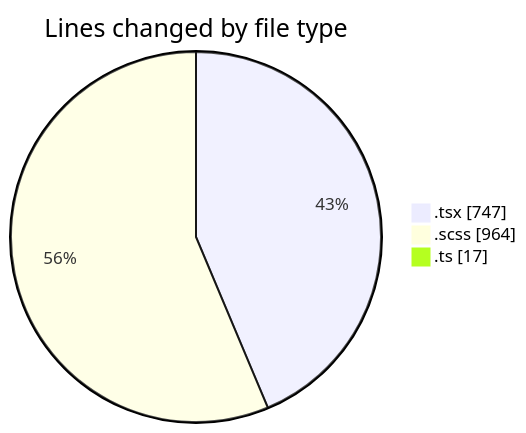
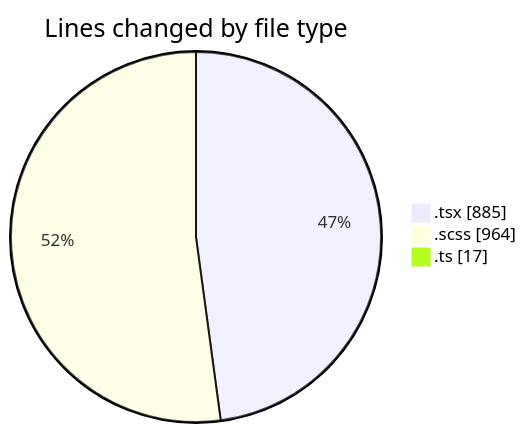
One commit to momahboobian/code-tracking changed the first of 2 diagrams in 2025-09-19/cda/README.md. Above: the diagram before and after it, drawn with Mermaid. The commit also changed other lines of this file and 1 other file, not shown here.

````diff
--- a/2025-09-19/cda/README.md
+++ b/2025-09-19/cda/README.md
@@ -24,7 +25,7 @@
 ```mermaid
 pie showData
 title Lines changed by file type
-".tsx" : 747
+".tsx" : 885
 ".scss" : 964
 ".ts" : 17
 ```
````
